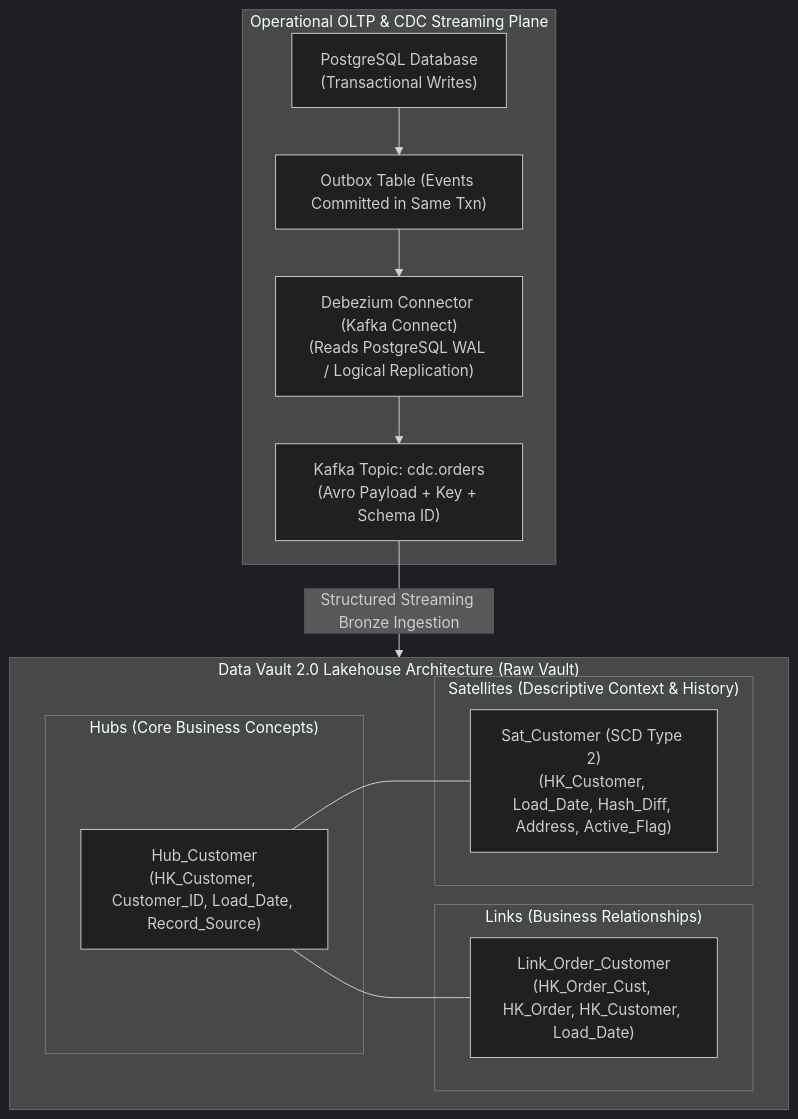
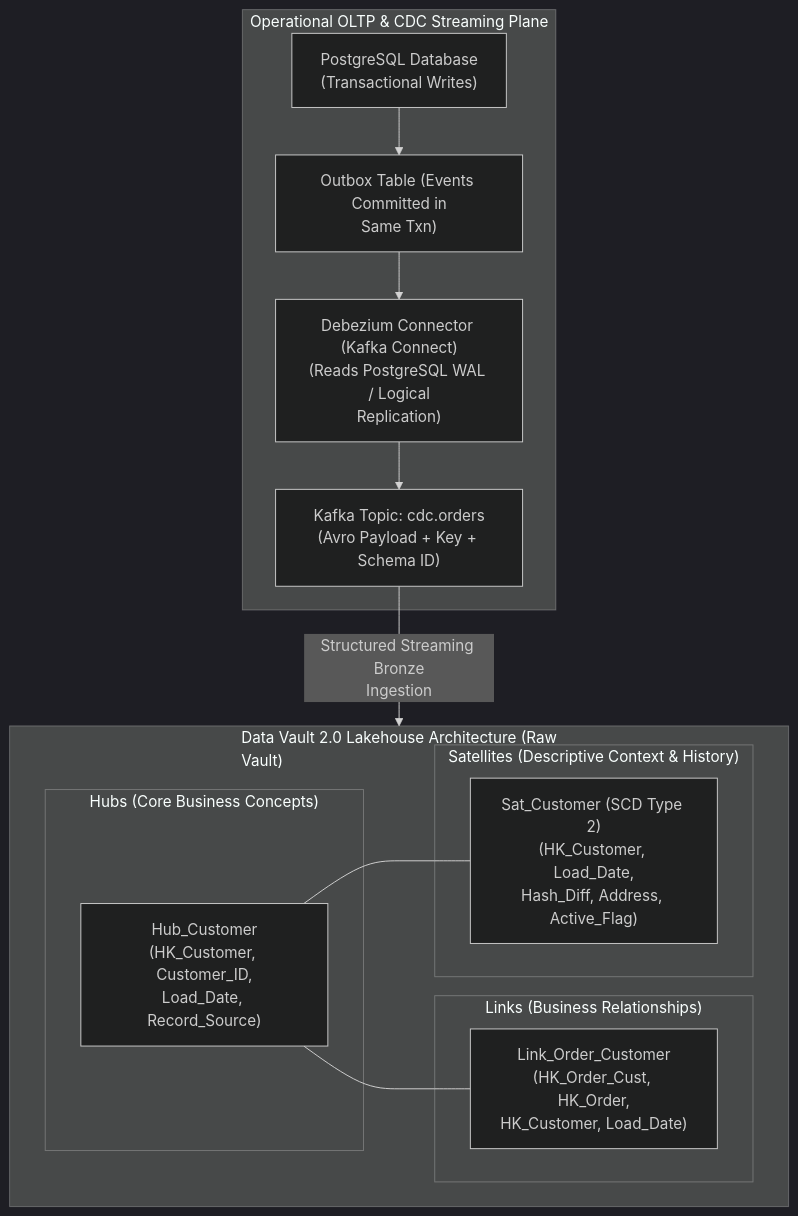
One commit to santoshjammi29/data-system-design-handbook changed diagram 13 of 28 in docs/whiteboard_diagrams/handbook_whiteboard_blueprints.md. Above: the diagram before and after it, drawn with Mermaid (dark theme). The commit also changed other lines of this file and 15 other files, not shown here.

Commit message:
fix(diagrams): word-wrap labels and escape comparison operators across all diagrams

````diff
--- a/docs/whiteboard_diagrams/handbook_whiteboard_blueprints.md
+++ b/docs/whiteboard_diagrams/handbook_whiteboard_blueprints.md
@@ -570,30 +570,30 @@
 ```mermaid
 flowchart TD
     subgraph OperationalPlane ["Operational OLTP & CDC Streaming Plane"]
-        Postgres["PostgreSQL Database\n(Transactional Writes)"]
-        OutboxTable["Outbox Table (Events Committed in Same Txn)"]
-        Debezium["Debezium Connector (Kafka Connect)\n(Reads PostgreSQL WAL / Logical Replication)"]
-        Kafka["Kafka Topic: cdc.orders\n(Avro Payload + Key + Schema ID)"]
+        Postgres["PostgreSQL Database<br/>(Transactional Writes)"]
+        OutboxTable["Outbox Table (Events Committed in<br/>Same Txn)"]
+        Debezium["Debezium Connector (Kafka Connect)<br/>(Reads PostgreSQL WAL / Logical<br/>Replication)"]
+        Kafka["Kafka Topic: cdc.orders<br/>(Avro Payload + Key + Schema ID)"]
 
         Postgres --> OutboxTable --> Debezium --> Kafka
     end
 
-    subgraph DataVaultPlane ["Data Vault 2.0 Lakehouse Architecture (Raw Vault)"]
+    subgraph DataVaultPlane ["Data Vault 2.0 Lakehouse Architecture (Raw<br/>Vault)"]
         subgraph Hubs ["Hubs (Core Business Concepts)"]
-            HubCustomer["Hub_Customer\n(HK_Customer, Customer_ID, Load_Date, Record_Source)"]
+            HubCustomer["Hub_Customer<br/>(HK_Customer, Customer_ID,<br/>Load_Date, Record_Source)"]
         end
 
         subgraph Links ["Links (Business Relationships)"]
-            LinkOrder["Link_Order_Customer\n(HK_Order_Cust, HK_Order, HK_Customer, Load_Date)"]
+            LinkOrder["Link_Order_Customer<br/>(HK_Order_Cust, HK_Order,<br/>HK_Customer, Load_Date)"]
         end
 
         subgraph Sats ["Satellites (Descriptive Context & History)"]
-            SatCustomer["Sat_Customer (SCD Type 2)\n(HK_Customer, Load_Date, Hash_Diff, Address, Active_Flag)"]
+            SatCustomer["Sat_Customer (SCD Type 2)<br/>(HK_Customer, Load_Date,<br/>Hash_Diff, Address, Active_Flag)"]
         end
 
         HubCustomer --- LinkOrder
         HubCustomer --- SatCustomer
     end
 
-    Kafka -->|"Structured Streaming Bronze Ingestion"| DataVaultPlane
+    Kafka -->|"Structured Streaming Bronze<br/>Ingestion"| DataVaultPlane
 ```
````
